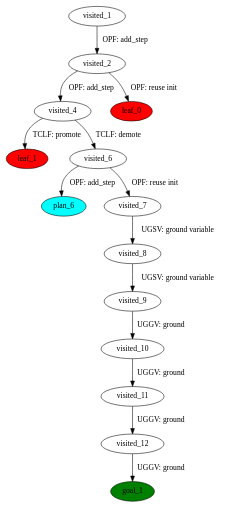
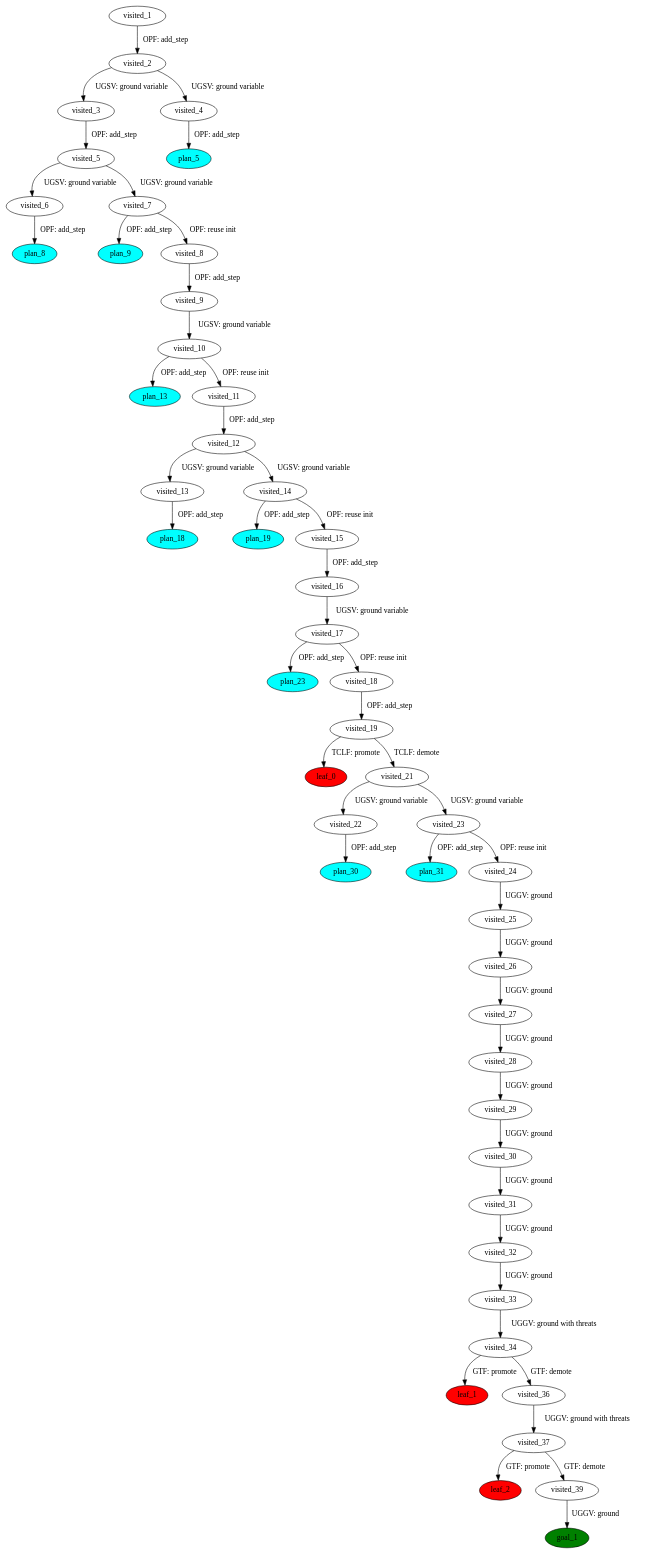
Before and after one commit to PetervDooren/PyDPOCL: the diagram in plans/manipulation-domain/test_69_problem-plangraph.dot, drawn with Graphviz. The commit also changed 799 other files, not shown here.

```diff
--- a/plans/manipulation-domain/test_69_problem-plangraph.dot
+++ b/plans/manipulation-domain/test_69_problem-plangraph.dot
@@ -1,45 +1,143 @@
 digraph {
-	"3b759faa-18ce-58d1-c5e3-be15f1dc5270" [label=plan_0 fillcolor=cyan style=filled]
-	"3b759faa-18ce-58d1-c5e3-be15f1dc5270" [label=visited_1 fillcolor=white style=filled]
-	"4269f091-eaed-eed7-f06f-bb0f49d9bf73" [label=plan_1 fillcolor=cyan style=filled]
-	"3b759faa-18ce-58d1-c5e3-be15f1dc5270" -> "4269f091-eaed-eed7-f06f-bb0f49d9bf73" [label="OPF: add_step"]
-	"4269f091-eaed-eed7-f06f-bb0f49d9bf73" [label=visited_2 fillcolor=white style=filled]
-	"f2a83faa-f11a-31f5-4826-80f934010b60" [label=plan_2 fillcolor=cyan style=filled]
-	"4269f091-eaed-eed7-f06f-bb0f49d9bf73" -> "f2a83faa-f11a-31f5-4826-80f934010b60" [label="OPF: add_step"]
-	"cdbb6c1f-5a8d-785e-f7eb-a7e91dd07ec8" [label=plan_3 fillcolor=cyan style=filled]
-	"4269f091-eaed-eed7-f06f-bb0f49d9bf73" -> "cdbb6c1f-5a8d-785e-f7eb-a7e91dd07ec8" [label="OPF: reuse init"]
-	"cdbb6c1f-5a8d-785e-f7eb-a7e91dd07ec8" [label=visited_3 fillcolor=white style=filled]
-	"cdbb6c1f-5a8d-785e-f7eb-a7e91dd07ec8" [label=leaf_0 fillcolor=red style=filled]
-	"f2a83faa-f11a-31f5-4826-80f934010b60" [label=visited_4 fillcolor=white style=filled]
-	"7416386b-46af-040d-55d8-a81a81ceb20e" [label=plan_4 fillcolor=cyan style=filled]
-	"f2a83faa-f11a-31f5-4826-80f934010b60" -> "7416386b-46af-040d-55d8-a81a81ceb20e" [label="TCLF: promote"]
-	"ac0d8818-8349-c078-bc4b-2732a170920c" [label=plan_5 fillcolor=cyan style=filled]
-	"f2a83faa-f11a-31f5-4826-80f934010b60" -> "ac0d8818-8349-c078-bc4b-2732a170920c" [label="TCLF: demote"]
-	"7416386b-46af-040d-55d8-a81a81ceb20e" [label=visited_5 fillcolor=white style=filled]
-	"7416386b-46af-040d-55d8-a81a81ceb20e" [label=leaf_1 fillcolor=red style=filled]
-	"ac0d8818-8349-c078-bc4b-2732a170920c" [label=visited_6 fillcolor=white style=filled]
-	"b01cad4e-b4f1-7ca9-12f7-76d1c6ec757f" [label=plan_6 fillcolor=cyan style=filled]
-	"ac0d8818-8349-c078-bc4b-2732a170920c" -> "b01cad4e-b4f1-7ca9-12f7-76d1c6ec757f" [label="OPF: add_step"]
-	"3217f93c-ac60-82a4-385f-a73df17316d5" [label=plan_7 fillcolor=cyan style=filled]
-	"ac0d8818-8349-c078-bc4b-2732a170920c" -> "3217f93c-ac60-82a4-385f-a73df17316d5" [label="OPF: reuse init"]
-	"3217f93c-ac60-82a4-385f-a73df17316d5" [label=visited_7 fillcolor=white style=filled]
-	"7f297630-bbca-a210-2fe6-1a89d059b594" [label=plan_8 fillcolor=cyan style=filled]
-	"3217f93c-ac60-82a4-385f-a73df17316d5" -> "7f297630-bbca-a210-2fe6-1a89d059b594" [label="UGSV: ground variable"]
-	"7f297630-bbca-a210-2fe6-1a89d059b594" [label=visited_8 fillcolor=white style=filled]
-	"a2807710-32d5-ad87-21bd-1db7485873c1" [label=plan_9 fillcolor=cyan style=filled]
-	"7f297630-bbca-a210-2fe6-1a89d059b594" -> "a2807710-32d5-ad87-21bd-1db7485873c1" [label="UGSV: ground variable"]
-	"a2807710-32d5-ad87-21bd-1db7485873c1" [label=visited_9 fillcolor=white style=filled]
-	"36d5187b-bfdb-b10b-b929-1d34db6ea0ba" [label=plan_10 fillcolor=cyan style=filled]
-	"a2807710-32d5-ad87-21bd-1db7485873c1" -> "36d5187b-bfdb-b10b-b929-1d34db6ea0ba" [label="UGGV: ground"]
-	"36d5187b-bfdb-b10b-b929-1d34db6ea0ba" [label=visited_10 fillcolor=white style=filled]
-	"7d9def75-1138-08db-6f2f-841100d190bd" [label=plan_11 fillcolor=cyan style=filled]
-	"36d5187b-bfdb-b10b-b929-1d34db6ea0ba" -> "7d9def75-1138-08db-6f2f-841100d190bd" [label="UGGV: ground"]
-	"7d9def75-1138-08db-6f2f-841100d190bd" [label=visited_11 fillcolor=white style=filled]
-	"b5c1f027-3563-559e-9c78-bade8ec7dccb" [label=plan_12 fillcolor=cyan style=filled]
-	"7d9def75-1138-08db-6f2f-841100d190bd" -> "b5c1f027-3563-559e-9c78-bade8ec7dccb" [label="UGGV: ground"]
-	"b5c1f027-3563-559e-9c78-bade8ec7dccb" [label=visited_12 fillcolor=white style=filled]
-	"b01f90e7-6b0c-7da5-09ef-a19b2d98f251" [label=plan_13 fillcolor=cyan style=filled]
-	"b5c1f027-3563-559e-9c78-bade8ec7dccb" -> "b01f90e7-6b0c-7da5-09ef-a19b2d98f251" [label="UGGV: ground"]
-	"b01f90e7-6b0c-7da5-09ef-a19b2d98f251" [label=visited_13 fillcolor=white style=filled]
-	"b01f90e7-6b0c-7da5-09ef-a19b2d98f251" [label=goal_1 fillcolor=green style=filled]
+	"be901a64-a0cc-5d31-ce22-efcfd02b4c3a" [label=plan_0 fillcolor=cyan style=filled]
+	"be901a64-a0cc-5d31-ce22-efcfd02b4c3a" [label=visited_1 fillcolor=white style=filled]
+	"7c45d65d-b517-e8ef-db21-3e3143c2181f" [label=plan_1 fillcolor=cyan style=filled]
+	"be901a64-a0cc-5d31-ce22-efcfd02b4c3a" -> "7c45d65d-b517-e8ef-db21-3e3143c2181f" [label="OPF: add_step"]
+	"7c45d65d-b517-e8ef-db21-3e3143c2181f" [label=visited_2 fillcolor=white style=filled]
+	"ea299a22-9914-857d-b62f-b6ee172dc647" [label=plan_2 fillcolor=cyan style=filled]
+	"7c45d65d-b517-e8ef-db21-3e3143c2181f" -> "ea299a22-9914-857d-b62f-b6ee172dc647" [label="UGSV: ground variable"]
+	"da2a5b5f-6796-4bd9-a9c6-d4e3e07eaf26" [label=plan_3 fillcolor=cyan style=filled]
+	"7c45d65d-b517-e8ef-db21-3e3143c2181f" -> "da2a5b5f-6796-4bd9-a9c6-d4e3e07eaf26" [label="UGSV: ground variable"]
+	"ea299a22-9914-857d-b62f-b6ee172dc647" [label=visited_3 fillcolor=white style=filled]
+	"5714fc0b-b744-7158-2550-e249436c3827" [label=plan_4 fillcolor=cyan style=filled]
+	"ea299a22-9914-857d-b62f-b6ee172dc647" -> "5714fc0b-b744-7158-2550-e249436c3827" [label="OPF: add_step"]
+	"da2a5b5f-6796-4bd9-a9c6-d4e3e07eaf26" [label=visited_4 fillcolor=white style=filled]
+	"e008e8ed-3ecf-5f0a-380e-c19dfbb713fd" [label=plan_5 fillcolor=cyan style=filled]
+	"da2a5b5f-6796-4bd9-a9c6-d4e3e07eaf26" -> "e008e8ed-3ecf-5f0a-380e-c19dfbb713fd" [label="OPF: add_step"]
+	"5714fc0b-b744-7158-2550-e249436c3827" [label=visited_5 fillcolor=white style=filled]
+	"5d2d113b-fb5e-dc15-cbfa-e8d6b4ed4d1d" [label=plan_6 fillcolor=cyan style=filled]
+	"5714fc0b-b744-7158-2550-e249436c3827" -> "5d2d113b-fb5e-dc15-cbfa-e8d6b4ed4d1d" [label="UGSV: ground variable"]
+	"6e6aa3ec-4378-7e6b-cd3d-dee3cdad54f4" [label=plan_7 fillcolor=cyan style=filled]
+	"5714fc0b-b744-7158-2550-e249436c3827" -> "6e6aa3ec-4378-7e6b-cd3d-dee3cdad54f4" [label="UGSV: ground variable"]
+	"5d2d113b-fb5e-dc15-cbfa-e8d6b4ed4d1d" [label=visited_6 fillcolor=white style=filled]
+	"ecedf328-e669-dd22-5d50-d2eb5ec74b9e" [label=plan_8 fillcolor=cyan style=filled]
+	"5d2d113b-fb5e-dc15-cbfa-e8d6b4ed4d1d" -> "ecedf328-e669-dd22-5d50-d2eb5ec74b9e" [label="OPF: add_step"]
+	"6e6aa3ec-4378-7e6b-cd3d-dee3cdad54f4" [label=visited_7 fillcolor=white style=filled]
+	"f9fb722d-a51c-7d2a-b3bf-bdabb7b24f20" [label=plan_9 fillcolor=cyan style=filled]
+	"6e6aa3ec-4378-7e6b-cd3d-dee3cdad54f4" -> "f9fb722d-a51c-7d2a-b3bf-bdabb7b24f20" [label="OPF: add_step"]
+	"f46976af-10be-e3e8-5aba-c34bae9802fa" [label=plan_10 fillcolor=cyan style=filled]
+	"6e6aa3ec-4378-7e6b-cd3d-dee3cdad54f4" -> "f46976af-10be-e3e8-5aba-c34bae9802fa" [label="OPF: reuse init"]
+	"f46976af-10be-e3e8-5aba-c34bae9802fa" [label=visited_8 fillcolor=white style=filled]
+	"4083dcf3-91db-5fbc-46ad-dbe7b807c910" [label=plan_11 fillcolor=cyan style=filled]
+	"f46976af-10be-e3e8-5aba-c34bae9802fa" -> "4083dcf3-91db-5fbc-46ad-dbe7b807c910" [label="OPF: add_step"]
+	"4083dcf3-91db-5fbc-46ad-dbe7b807c910" [label=visited_9 fillcolor=white style=filled]
+	"c124b471-b64d-158c-0d8f-808d9c0e6192" [label=plan_12 fillcolor=cyan style=filled]
+	"4083dcf3-91db-5fbc-46ad-dbe7b807c910" -> "c124b471-b64d-158c-0d8f-808d9c0e6192" [label="UGSV: ground variable"]
+	"c124b471-b64d-158c-0d8f-808d9c0e6192" [label=visited_10 fillcolor=white style=filled]
+	"1049f904-9d25-4dc4-122d-ef06fa33dca5" [label=plan_13 fillcolor=cyan style=filled]
+	"c124b471-b64d-158c-0d8f-808d9c0e6192" -> "1049f904-9d25-4dc4-122d-ef06fa33dca5" [label="OPF: add_step"]
+	"2ed86804-57e2-3419-d8e6-650123755bc8" [label=plan_14 fillcolor=cyan style=filled]
+	"c124b471-b64d-158c-0d8f-808d9c0e6192" -> "2ed86804-57e2-3419-d8e6-650123755bc8" [label="OPF: reuse init"]
+	"2ed86804-57e2-3419-d8e6-650123755bc8" [label=visited_11 fillcolor=white style=filled]
+	"2d6acdd4-5aeb-90f6-4faa-8036188a7f55" [label=plan_15 fillcolor=cyan style=filled]
+	"2ed86804-57e2-3419-d8e6-650123755bc8" -> "2d6acdd4-5aeb-90f6-4faa-8036188a7f55" [label="OPF: add_step"]
+	"2d6acdd4-5aeb-90f6-4faa-8036188a7f55" [label=visited_12 fillcolor=white style=filled]
+	"5ff540ca-9038-ab45-916d-9a42e7b795f9" [label=plan_16 fillcolor=cyan style=filled]
+	"2d6acdd4-5aeb-90f6-4faa-8036188a7f55" -> "5ff540ca-9038-ab45-916d-9a42e7b795f9" [label="UGSV: ground variable"]
+	"2c21f1ed-f4a9-85b0-11c3-7e19dbfeed4a" [label=plan_17 fillcolor=cyan style=filled]
+	"2d6acdd4-5aeb-90f6-4faa-8036188a7f55" -> "2c21f1ed-f4a9-85b0-11c3-7e19dbfeed4a" [label="UGSV: ground variable"]
+	"5ff540ca-9038-ab45-916d-9a42e7b795f9" [label=visited_13 fillcolor=white style=filled]
+	"7f8a1fca-9ef1-7e4f-a2f0-77e330405cc4" [label=plan_18 fillcolor=cyan style=filled]
+	"5ff540ca-9038-ab45-916d-9a42e7b795f9" -> "7f8a1fca-9ef1-7e4f-a2f0-77e330405cc4" [label="OPF: add_step"]
+	"2c21f1ed-f4a9-85b0-11c3-7e19dbfeed4a" [label=visited_14 fillcolor=white style=filled]
+	"2ad9c360-84bb-af7a-9711-35452e2fcae7" [label=plan_19 fillcolor=cyan style=filled]
+	"2c21f1ed-f4a9-85b0-11c3-7e19dbfeed4a" -> "2ad9c360-84bb-af7a-9711-35452e2fcae7" [label="OPF: add_step"]
+	"d7f64255-cf97-9ff0-7afd-0718ebced334" [label=plan_20 fillcolor=cyan style=filled]
+	"2c21f1ed-f4a9-85b0-11c3-7e19dbfeed4a" -> "d7f64255-cf97-9ff0-7afd-0718ebced334" [label="OPF: reuse init"]
+	"d7f64255-cf97-9ff0-7afd-0718ebced334" [label=visited_15 fillcolor=white style=filled]
+	"c12e3882-b527-ba0a-a8df-7aa5e8e00199" [label=plan_21 fillcolor=cyan style=filled]
+	"d7f64255-cf97-9ff0-7afd-0718ebced334" -> "c12e3882-b527-ba0a-a8df-7aa5e8e00199" [label="OPF: add_step"]
+	"c12e3882-b527-ba0a-a8df-7aa5e8e00199" [label=visited_16 fillcolor=white style=filled]
+	"d4cd45a9-870d-8661-0e1c-0d4db2eb3819" [label=plan_22 fillcolor=cyan style=filled]
+	"c12e3882-b527-ba0a-a8df-7aa5e8e00199" -> "d4cd45a9-870d-8661-0e1c-0d4db2eb3819" [label="UGSV: ground variable"]
+	"d4cd45a9-870d-8661-0e1c-0d4db2eb3819" [label=visited_17 fillcolor=white style=filled]
+	"16d4fdff-f260-2a26-3025-f0410aa86e33" [label=plan_23 fillcolor=cyan style=filled]
+	"d4cd45a9-870d-8661-0e1c-0d4db2eb3819" -> "16d4fdff-f260-2a26-3025-f0410aa86e33" [label="OPF: add_step"]
+	"51ffdef6-b660-8a31-38b8-9fc4e47172b1" [label=plan_24 fillcolor=cyan style=filled]
+	"d4cd45a9-870d-8661-0e1c-0d4db2eb3819" -> "51ffdef6-b660-8a31-38b8-9fc4e47172b1" [label="OPF: reuse init"]
+	"51ffdef6-b660-8a31-38b8-9fc4e47172b1" [label=visited_18 fillcolor=white style=filled]
+	"7eca5b2d-341f-ab4a-b6ca-f84012adbc1b" [label=plan_25 fillcolor=cyan style=filled]
+	"51ffdef6-b660-8a31-38b8-9fc4e47172b1" -> "7eca5b2d-341f-ab4a-b6ca-f84012adbc1b" [label="OPF: add_step"]
+	"7eca5b2d-341f-ab4a-b6ca-f84012adbc1b" [label=visited_19 fillcolor=white style=filled]
+	"f0b5b7b3-3472-c59e-4f4b-1252a04e03d7" [label=plan_26 fillcolor=cyan style=filled]
+	"7eca5b2d-341f-ab4a-b6ca-f84012adbc1b" -> "f0b5b7b3-3472-c59e-4f4b-1252a04e03d7" [label="TCLF: promote"]
+	"e9ea9d49-bc94-046e-a741-0d2ce0f13db6" [label=plan_27 fillcolor=cyan style=filled]
+	"7eca5b2d-341f-ab4a-b6ca-f84012adbc1b" -> "e9ea9d49-bc94-046e-a741-0d2ce0f13db6" [label="TCLF: demote"]
+	"f0b5b7b3-3472-c59e-4f4b-1252a04e03d7" [label=visited_20 fillcolor=white style=filled]
+	"f0b5b7b3-3472-c59e-4f4b-1252a04e03d7" [label=leaf_0 fillcolor=red style=filled]
+	"e9ea9d49-bc94-046e-a741-0d2ce0f13db6" [label=visited_21 fillcolor=white style=filled]
+	"029e435d-b0b6-45da-68c1-8df945ca17af" [label=plan_28 fillcolor=cyan style=filled]
+	"e9ea9d49-bc94-046e-a741-0d2ce0f13db6" -> "029e435d-b0b6-45da-68c1-8df945ca17af" [label="UGSV: ground variable"]
+	"608bb508-69e4-4d26-d2d4-7ec76a77982b" [label=plan_29 fillcolor=cyan style=filled]
+	"e9ea9d49-bc94-046e-a741-0d2ce0f13db6" -> "608bb508-69e4-4d26-d2d4-7ec76a77982b" [label="UGSV: ground variable"]
+	"029e435d-b0b6-45da-68c1-8df945ca17af" [label=visited_22 fillcolor=white style=filled]
+	"3082d7e6-e6ac-e778-d7b6-e0a34730b04b" [label=plan_30 fillcolor=cyan style=filled]
+	"029e435d-b0b6-45da-68c1-8df945ca17af" -> "3082d7e6-e6ac-e778-d7b6-e0a34730b04b" [label="OPF: add_step"]
+	"608bb508-69e4-4d26-d2d4-7ec76a77982b" [label=visited_23 fillcolor=white style=filled]
+	"e2b6a842-d2a8-1922-6518-93471e910b71" [label=plan_31 fillcolor=cyan style=filled]
+	"608bb508-69e4-4d26-d2d4-7ec76a77982b" -> "e2b6a842-d2a8-1922-6518-93471e910b71" [label="OPF: add_step"]
+	"0b33b7a0-5163-4a91-b993-b65f35ded447" [label=plan_32 fillcolor=cyan style=filled]
+	"608bb508-69e4-4d26-d2d4-7ec76a77982b" -> "0b33b7a0-5163-4a91-b993-b65f35ded447" [label="OPF: reuse init"]
+	"0b33b7a0-5163-4a91-b993-b65f35ded447" [label=visited_24 fillcolor=white style=filled]
+	"27180985-f2d6-c18c-03a3-574a919cf735" [label=plan_33 fillcolor=cyan style=filled]
+	"0b33b7a0-5163-4a91-b993-b65f35ded447" -> "27180985-f2d6-c18c-03a3-574a919cf735" [label="UGGV: ground"]
+	"27180985-f2d6-c18c-03a3-574a919cf735" [label=visited_25 fillcolor=white style=filled]
+	"40349202-f34e-5ba1-dc07-605e57628c84" [label=plan_34 fillcolor=cyan style=filled]
+	"27180985-f2d6-c18c-03a3-574a919cf735" -> "40349202-f34e-5ba1-dc07-605e57628c84" [label="UGGV: ground"]
+	"40349202-f34e-5ba1-dc07-605e57628c84" [label=visited_26 fillcolor=white style=filled]
+	"7647f43f-59a1-4829-2cef-781debfdb100" [label=plan_35 fillcolor=cyan style=filled]
+	"40349202-f34e-5ba1-dc07-605e57628c84" -> "7647f43f-59a1-4829-2cef-781debfdb100" [label="UGGV: ground"]
+	"7647f43f-59a1-4829-2cef-781debfdb100" [label=visited_27 fillcolor=white style=filled]
+	"0e721365-a4e6-0afd-e6cc-d201335dc080" [label=plan_36 fillcolor=cyan style=filled]
+	"7647f43f-59a1-4829-2cef-781debfdb100" -> "0e721365-a4e6-0afd-e6cc-d201335dc080" [label="UGGV: ground"]
+	"0e721365-a4e6-0afd-e6cc-d201335dc080" [label=visited_28 fillcolor=white style=filled]
+	"f262e145-2731-660c-6149-ee42642d03af" [label=plan_37 fillcolor=cyan style=filled]
+	"0e721365-a4e6-0afd-e6cc-d201335dc080" -> "f262e145-2731-660c-6149-ee42642d03af" [label="UGGV: ground"]
+	"f262e145-2731-660c-6149-ee42642d03af" [label=visited_29 fillcolor=white style=filled]
+	"39a90a45-104b-5372-816e-a5c24ab3c590" [label=plan_38 fillcolor=cyan style=filled]
+	"f262e145-2731-660c-6149-ee42642d03af" -> "39a90a45-104b-5372-816e-a5c24ab3c590" [label="UGGV: ground"]
+	"39a90a45-104b-5372-816e-a5c24ab3c590" [label=visited_30 fillcolor=white style=filled]
+	"55fccc14-31c0-34f0-a091-129b2f1835b1" [label=plan_39 fillcolor=cyan style=filled]
+	"39a90a45-104b-5372-816e-a5c24ab3c590" -> "55fccc14-31c0-34f0-a091-129b2f1835b1" [label="UGGV: ground"]
+	"55fccc14-31c0-34f0-a091-129b2f1835b1" [label=visited_31 fillcolor=white style=filled]
+	"067ab1d7-7059-e387-b89f-52d2a8737d14" [label=plan_40 fillcolor=cyan style=filled]
+	"55fccc14-31c0-34f0-a091-129b2f1835b1" -> "067ab1d7-7059-e387-b89f-52d2a8737d14" [label="UGGV: ground"]
+	"067ab1d7-7059-e387-b89f-52d2a8737d14" [label=visited_32 fillcolor=white style=filled]
+	"d7ea8625-11c3-138b-70c6-9b42df0ff647" [label=plan_41 fillcolor=cyan style=filled]
+	"067ab1d7-7059-e387-b89f-52d2a8737d14" -> "d7ea8625-11c3-138b-70c6-9b42df0ff647" [label="UGGV: ground"]
+	"d7ea8625-11c3-138b-70c6-9b42df0ff647" [label=visited_33 fillcolor=white style=filled]
+	"8c1046bf-24b3-7794-293d-b7fa8e8ded45" [label=plan_42 fillcolor=cyan style=filled]
+	"d7ea8625-11c3-138b-70c6-9b42df0ff647" -> "8c1046bf-24b3-7794-293d-b7fa8e8ded45" [label="UGGV: ground with threats"]
+	"8c1046bf-24b3-7794-293d-b7fa8e8ded45" [label=visited_34 fillcolor=white style=filled]
+	"1c82780f-0e84-c070-514b-30a9f6d4461c" [label=plan_43 fillcolor=cyan style=filled]
+	"8c1046bf-24b3-7794-293d-b7fa8e8ded45" -> "1c82780f-0e84-c070-514b-30a9f6d4461c" [label="GTF: promote"]
+	"849ebfa5-68f0-ca5d-10ac-72bdaf4c9dfc" [label=plan_44 fillcolor=cyan style=filled]
+	"8c1046bf-24b3-7794-293d-b7fa8e8ded45" -> "849ebfa5-68f0-ca5d-10ac-72bdaf4c9dfc" [label="GTF: demote"]
+	"1c82780f-0e84-c070-514b-30a9f6d4461c" [label=visited_35 fillcolor=white style=filled]
+	"1c82780f-0e84-c070-514b-30a9f6d4461c" [label=leaf_1 fillcolor=red style=filled]
+	"849ebfa5-68f0-ca5d-10ac-72bdaf4c9dfc" [label=visited_36 fillcolor=white style=filled]
+	"52581086-eecc-0487-b95d-43d62b7f90a5" [label=plan_45 fillcolor=cyan style=filled]
+	"849ebfa5-68f0-ca5d-10ac-72bdaf4c9dfc" -> "52581086-eecc-0487-b95d-43d62b7f90a5" [label="UGGV: ground with threats"]
+	"52581086-eecc-0487-b95d-43d62b7f90a5" [label=visited_37 fillcolor=white style=filled]
+	"e6c9fd54-24bb-8796-09d6-8cdc5ed0b58c" [label=plan_46 fillcolor=cyan style=filled]
+	"52581086-eecc-0487-b95d-43d62b7f90a5" -> "e6c9fd54-24bb-8796-09d6-8cdc5ed0b58c" [label="GTF: promote"]
+	"0182c481-3bd1-4558-af2f-5f8b1a9226d6" [label=plan_47 fillcolor=cyan style=filled]
+	"52581086-eecc-0487-b95d-43d62b7f90a5" -> "0182c481-3bd1-4558-af2f-5f8b1a9226d6" [label="GTF: demote"]
+	"e6c9fd54-24bb-8796-09d6-8cdc5ed0b58c" [label=visited_38 fillcolor=white style=filled]
+	"e6c9fd54-24bb-8796-09d6-8cdc5ed0b58c" [label=leaf_2 fillcolor=red style=filled]
+	"0182c481-3bd1-4558-af2f-5f8b1a9226d6" [label=visited_39 fillcolor=white style=filled]
+	"0ef473a2-900d-df16-00e0-32006197337c" [label=plan_48 fillcolor=cyan style=filled]
+	"0182c481-3bd1-4558-af2f-5f8b1a9226d6" -> "0ef473a2-900d-df16-00e0-32006197337c" [label="UGGV: ground"]
+	"0ef473a2-900d-df16-00e0-32006197337c" [label=visited_40 fillcolor=white style=filled]
+	"0ef473a2-900d-df16-00e0-32006197337c" [label=goal_1 fillcolor=green style=filled]
 }
```
